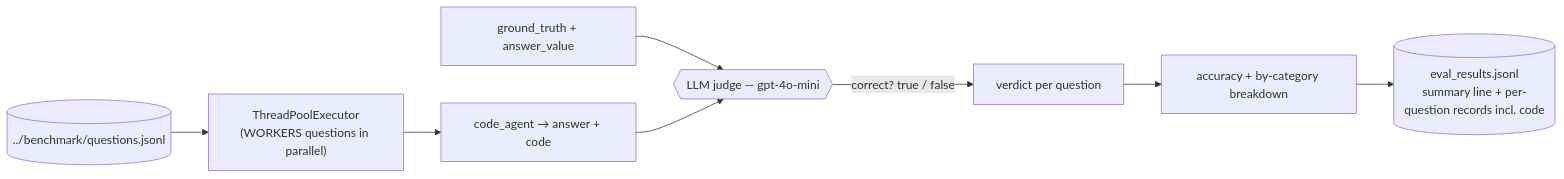
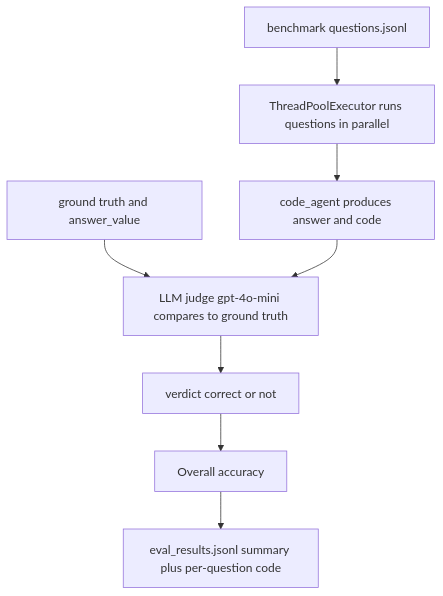
Before and after one commit to Salah-P/CursorHackathon-: the second of 2 diagrams in code_agent/README.md, drawn with Mermaid. The commit also changed other lines of this file and 3 other files, not shown here.

First line of the commit message:
Evaluate with gpt-5.5 (73.3%); overall accuracy only; fix mermaid render

````diff
--- a/code_agent/README.md
+++ b/code_agent/README.md
@@ -54,10 +54,10 @@
 ```mermaid
-flowchart LR
-    B[("../benchmark/questions.jsonl")] --> POOL["ThreadPoolExecutor<br/>(WORKERS questions in parallel)"]
-    GT["ground_truth + answer_value"] --> JG{{"LLM judge — gpt-4o-mini"}}
-    POOL --> CA["code_agent → answer + code"]
+flowchart TD
+    B[benchmark questions.jsonl] --> POOL[ThreadPoolExecutor runs questions in parallel]
+    POOL --> CA[code_agent produces answer and code]
+    GT[ground truth and answer_value] --> JG[LLM judge gpt-4o-mini compares to ground truth]
     CA --> JG
-    JG -->|correct? true / false| V["verdict per question"]
-    V --> SUM["accuracy + by-category breakdown"]
-    SUM --> OUT[("eval_results.jsonl<br/>summary line + per-question records incl. code")]
+    JG --> V[verdict correct or not]
+    V --> SUM[Overall accuracy]
+    SUM --> OUT[eval_results.jsonl summary plus per-question code]
 ```
````
